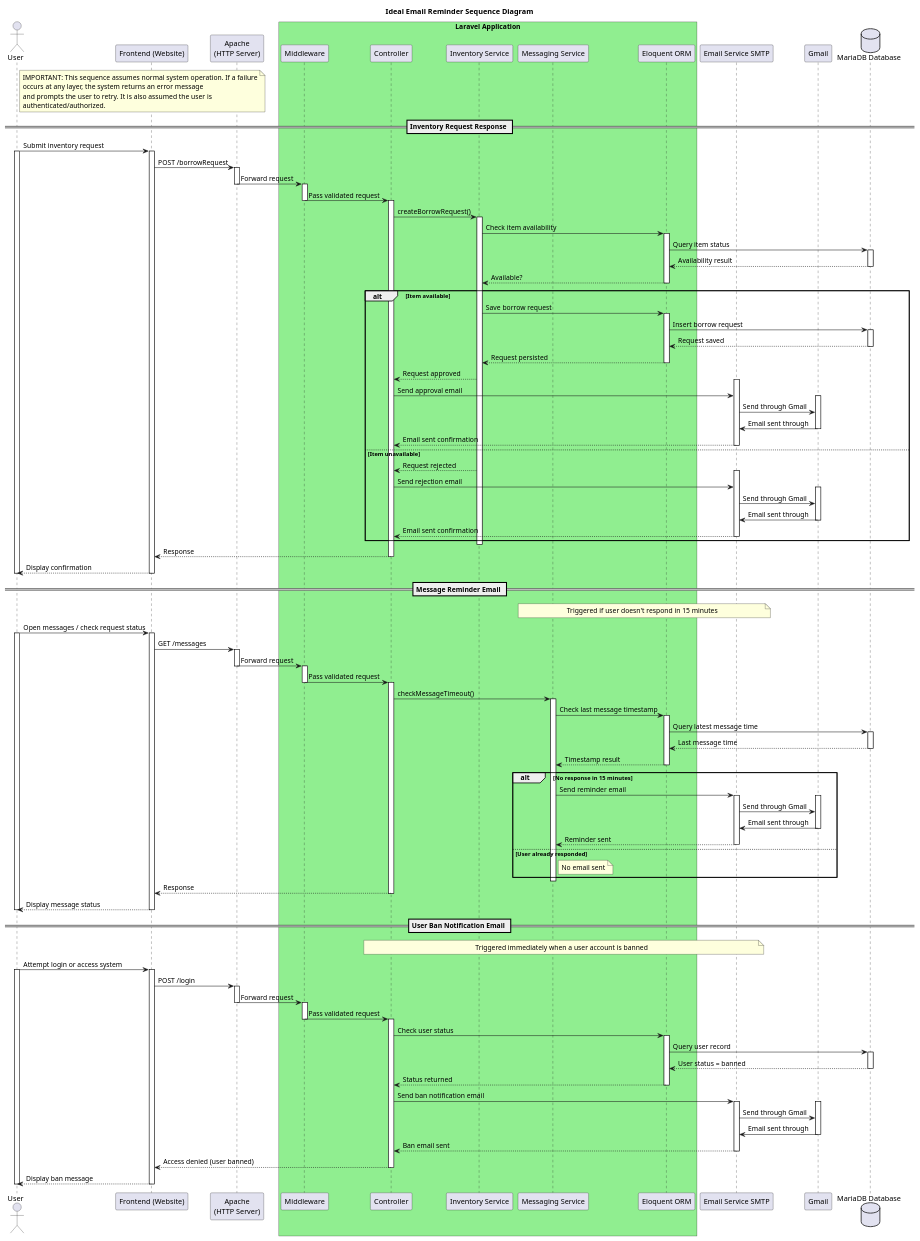
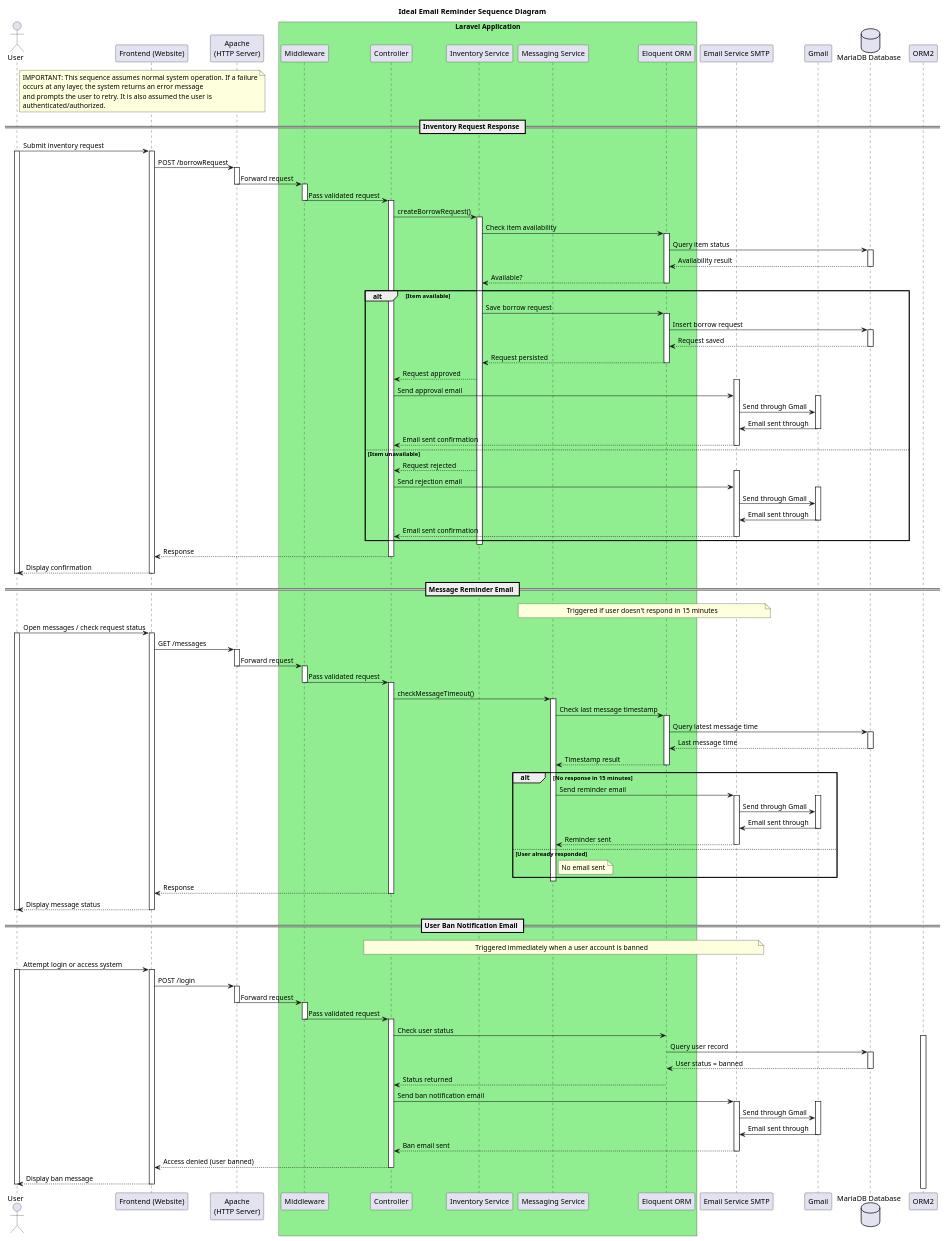
One commit to JanPerez35/PlantUML changed the diagram in sequenceDiagrams/Email_Notification_Report_Sequence_Diagram.puml. Above: the diagram before and after it, drawn with PlantUML. The commit also changed 11 other files, not shown here.

Commit message:
Added Exceptions in Sequence Diagrams

```diff
--- a/sequenceDiagrams/Email_Notification_Report_Sequence_Diagram.puml
+++ b/sequenceDiagrams/Email_Notification_Report_Sequence_Diagram.puml
@@ -1,193 +1,193 @@
 @startuml
 
 title Ideal Email Reminder Sequence Diagram
 
 actor User
 
 participant "Frontend (Website)" as FE
 participant "Apache\n(HTTP Server)" as Apache
 
 box "Laravel Application" #LightGreen
   participant "Middleware" as MW
   participant "Controller" as C
   participant "Inventory Service" as Service
   participant "Messaging Service" as MessageService
   participant "Eloquent ORM" as ORM
 end box
 
 participant "Email Service SMTP" as Email
 participant "Gmail" as Gmail
 database "MariaDB Database" as DB
 
 note right of User
 IMPORTANT: This sequence assumes normal system operation. If a failure
 occurs at any layer, the system returns an error message
 and prompts the user to retry. It is also assumed the user is
 authenticated/authorized.
 end note
 
 
 == Inventory Request Response ==
 User -> FE: Submit inventory request
 activate User
 activate FE
 
 FE -> Apache: POST /borrowRequest
 activate Apache
 Apache -> MW: Forward request
 deactivate Apache
 
 activate MW
 MW -> C: Pass validated request
 deactivate MW
 
 activate C
 C -> Service: createBorrowRequest()
 activate Service
 
 Service -> ORM: Check item availability
 activate ORM
 ORM -> DB: Query item status
 activate DB
 DB --> ORM: Availability result
 deactivate DB
 ORM --> Service: Available?
 deactivate ORM
 
 alt Item available
     Service -> ORM: Save borrow request
     activate ORM
     ORM -> DB: Insert borrow request
     activate DB
     DB --> ORM: Request saved
     deactivate DB
     ORM --> Service: Request persisted
     deactivate ORM
 
     Service --> C: Request approved
      activate Email
     C -> Email: Send approval email
     activate Gmail
     Email -> Gmail: Send through Gmail
     Gmail -> Email: Email sent through
     deactivate Gmail
     Email --> C: Email sent confirmation
     deactivate Email
 
 else Item unavailable
     Service --> C: Request rejected
     activate Email
     C -> Email: Send rejection email
      activate Gmail
     Email -> Gmail: Send through Gmail
     Gmail -> Email: Email sent through
     deactivate Gmail
     
     Email --> C: Email sent confirmation
     deactivate Email
 end
 
 deactivate Service
 C --> FE: Response
 deactivate C
 
 FE --> User: Display confirmation
 deactivate FE
 deactivate User
 
 
 == Message Reminder Email ==
 note over MessageService,Email: Triggered if user doesn't respond in 15 minutes
 
 User -> FE: Open messages / check request status
 activate User
 activate FE
 
 FE -> Apache: GET /messages
 activate Apache
 Apache -> MW: Forward request
 deactivate Apache
 
 activate MW
 MW -> C: Pass validated request
 deactivate MW
 
 activate C
 C -> MessageService: checkMessageTimeout()
 activate MessageService
 
 MessageService -> ORM: Check last message timestamp
 activate ORM
 ORM -> DB: Query latest message time
 activate DB
 DB --> ORM: Last message time
 deactivate DB
 ORM --> MessageService: Timestamp result
 deactivate ORM
 
 alt No response in 15 minutes
     MessageService -> Email: Send reminder email
     activate Email
      activate Gmail
     Email -> Gmail: Send through Gmail
     Gmail -> Email: Email sent through
     deactivate Gmail
     Email --> MessageService: Reminder sent
     deactivate Email
 else User already responded
     note right of MessageService: No email sent
 end
 
 deactivate MessageService
 C --> FE: Response
 deactivate C
 
 FE --> User: Display message status
 deactivate FE
 deactivate User
 
 
 == User Ban Notification Email ==
 
 note over C,Email: Triggered immediately when a user account is banned
 
 User -> FE: Attempt login or access system
 activate User
 activate FE
 
 FE -> Apache: POST /login
 activate Apache
 Apache -> MW: Forward request
 deactivate Apache
 
 activate MW
 MW -> C: Pass validated request
 deactivate MW
 
 activate C
 C -> ORM: Check user status
-activate ORM
+activate ORM2
 ORM -> DB: Query user record
 activate DB
 DB --> ORM: User status = banned
 deactivate DB
 ORM --> C: Status returned
 deactivate ORM
 
 C -> Email: Send ban notification email
 activate Email
  activate Gmail
     Email -> Gmail: Send through Gmail
     Gmail -> Email: Email sent through
     deactivate Gmail
 Email --> C: Ban email sent
 deactivate Email
 
 C --> FE: Access denied (user banned)
 deactivate C
 
 FE --> User: Display ban message
 deactivate FE
 deactivate User
 
 @enduml
```
